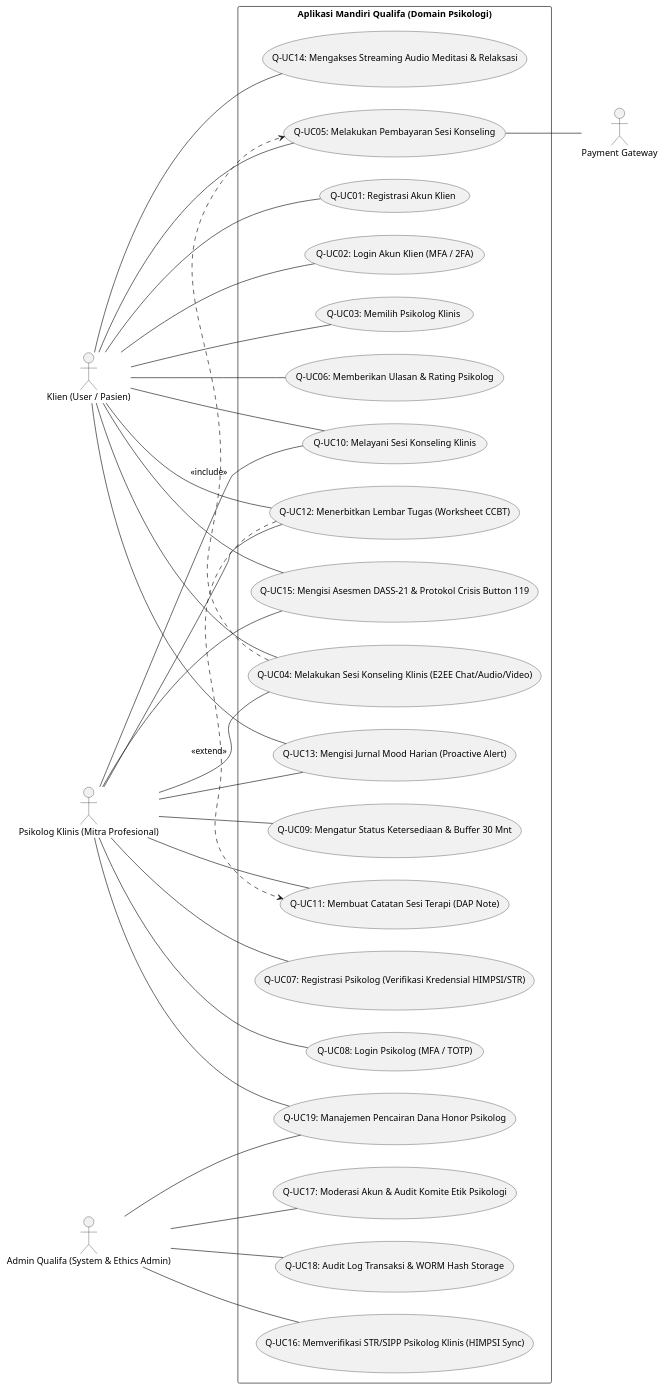
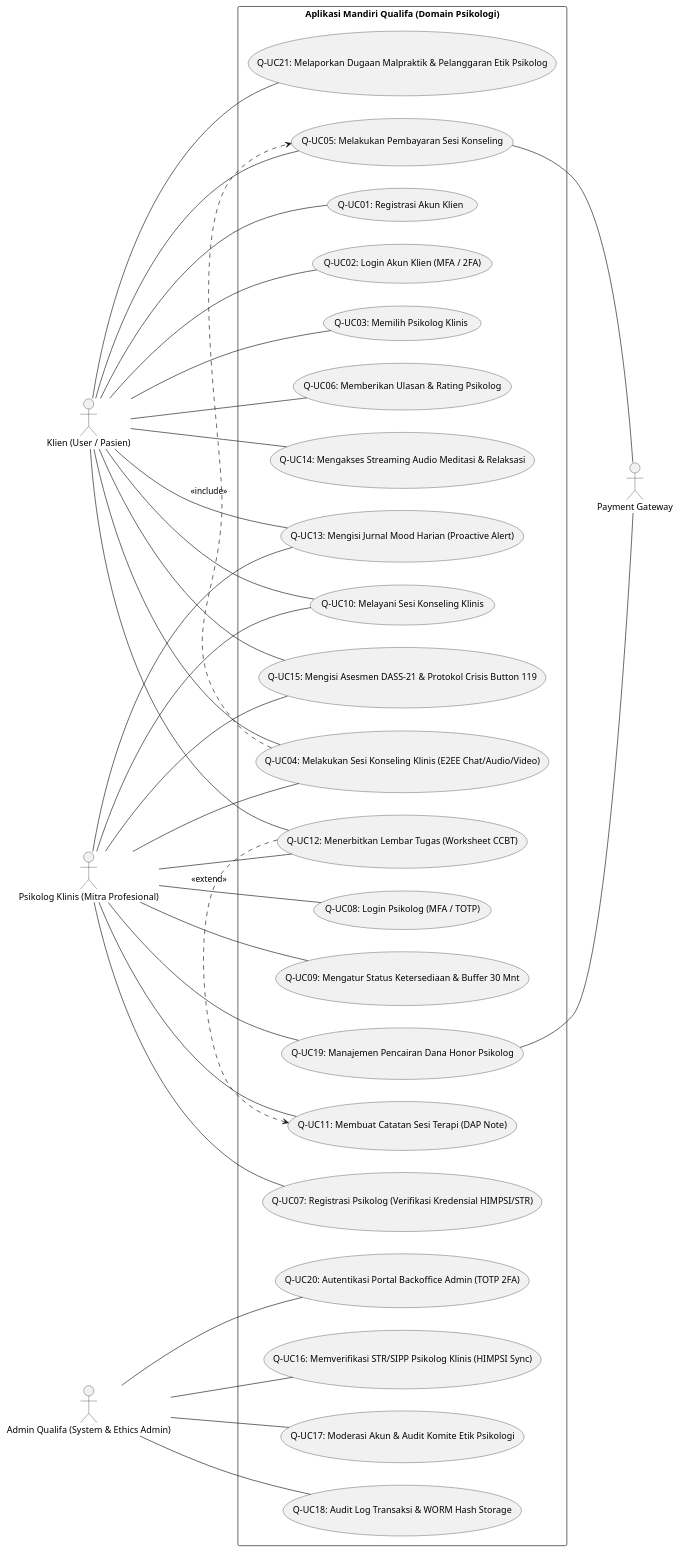
The second of 2 diagrams in MarkDown/plantuml_uc_diagrams.md (tupperwureism/SuperApp-Gagal), drawn with PlantUML before and after one commit. The commit also changed other lines of this file and 62 other files, not shown here.

Commit message:
fix(uml): compensate linear deactivation state in PlantUML by explicitly re-activating participants in else branches across SD-J-01, SD-Q-01, SD-J-02, SD-J-04, SD-Q-04, and SD-J-07

````diff
--- a/MarkDown/plantuml_uc_diagrams.md
+++ b/MarkDown/plantuml_uc_diagrams.md
@@ -98,73 +105,77 @@
 ```plantuml
 @startuml
 left to right direction
 skinparam packageStyle rectangle
 
 actor "Klien (User / Pasien)" as Klien
 actor "Psikolog Klinis (Mitra Profesional)" as Mitra
 actor "Admin Qualifa (System & Ethics Admin)" as Admin
 actor "Payment Gateway" as PG
 
 rectangle "Aplikasi Mandiri Qualifa (Domain Psikologi)" {
   ' Client & Partner Core Flows
   usecase "Q-UC01: Registrasi Akun Klien" as UC01
   usecase "Q-UC02: Login Akun Klien (MFA / 2FA)" as UC02
   usecase "Q-UC03: Memilih Psikolog Klinis" as UC03
   usecase "Q-UC04: Melakukan Sesi Konseling Klinis (E2EE Chat/Audio/Video)" as UC04
   usecase "Q-UC05: Melakukan Pembayaran Sesi Konseling" as UC05
   usecase "Q-UC06: Memberikan Ulasan & Rating Psikolog" as UC06
   
   usecase "Q-UC07: Registrasi Psikolog (Verifikasi Kredensial HIMPSI/STR)" as UC07
   usecase "Q-UC08: Login Psikolog (MFA / TOTP)" as UC08
   usecase "Q-UC09: Mengatur Status Ketersediaan & Buffer 30 Mnt" as UC09
   usecase "Q-UC10: Melayani Sesi Konseling Klinis" as UC10
   usecase "Q-UC11: Membuat Catatan Sesi Terapi (DAP Note)" as UC11
   usecase "Q-UC12: Menerbitkan Lembar Tugas (Worksheet CCBT)" as UC12
   
   ' Domain Specific Psychology Flows
   usecase "Q-UC13: Mengisi Jurnal Mood Harian (Proactive Alert)" as UC13
   usecase "Q-UC14: Mengakses Streaming Audio Meditasi & Relaksasi" as UC14
   usecase "Q-UC15: Mengisi Asesmen DASS-21 & Protokol Crisis Button 119" as UC15
   
   ' Independent Admin Flows
+  usecase "Q-UC20: Autentikasi Portal Backoffice Admin (TOTP 2FA)" as UC20
+  usecase "Q-UC21: Melaporkan Dugaan Malpraktik & Pelanggaran Etik Psikolog" as UC21
   usecase "Q-UC16: Memverifikasi STR/SIPP Psikolog Klinis (HIMPSI Sync)" as UC16
   usecase "Q-UC17: Moderasi Akun & Audit Komite Etik Psikologi" as UC17
   usecase "Q-UC18: Audit Log Transaksi & WORM Hash Storage" as UC18
   usecase "Q-UC19: Manajemen Pencairan Dana Honor Psikolog" as UC19
   
   UC04 .> UC05 : <<include>>
   UC12 .> UC11 : <<extend>>
 }
 
 Klien -- UC01
 Klien -- UC02
 Klien -- UC03
 Klien -- UC04
 Klien -- UC05
 Klien -- UC06
 Klien -- UC12
 Klien -- UC13
 Klien -- UC14
 Klien -- UC15
+Klien -- UC21
 
 Mitra -- UC04
 Klien -- UC10
 
 Mitra -- UC07
 Mitra -- UC08
 Mitra -- UC09
 Mitra -- UC10
 Mitra -- UC11
 Mitra -- UC12
 Mitra -- UC13
 Mitra -- UC15
 Mitra -- UC19
 
+Admin -- UC20
 Admin -- UC16
 Admin -- UC17
 Admin -- UC18
-Admin -- UC19
 
 UC05 -- PG
+UC19 -- PG
 @enduml
 ```
````
